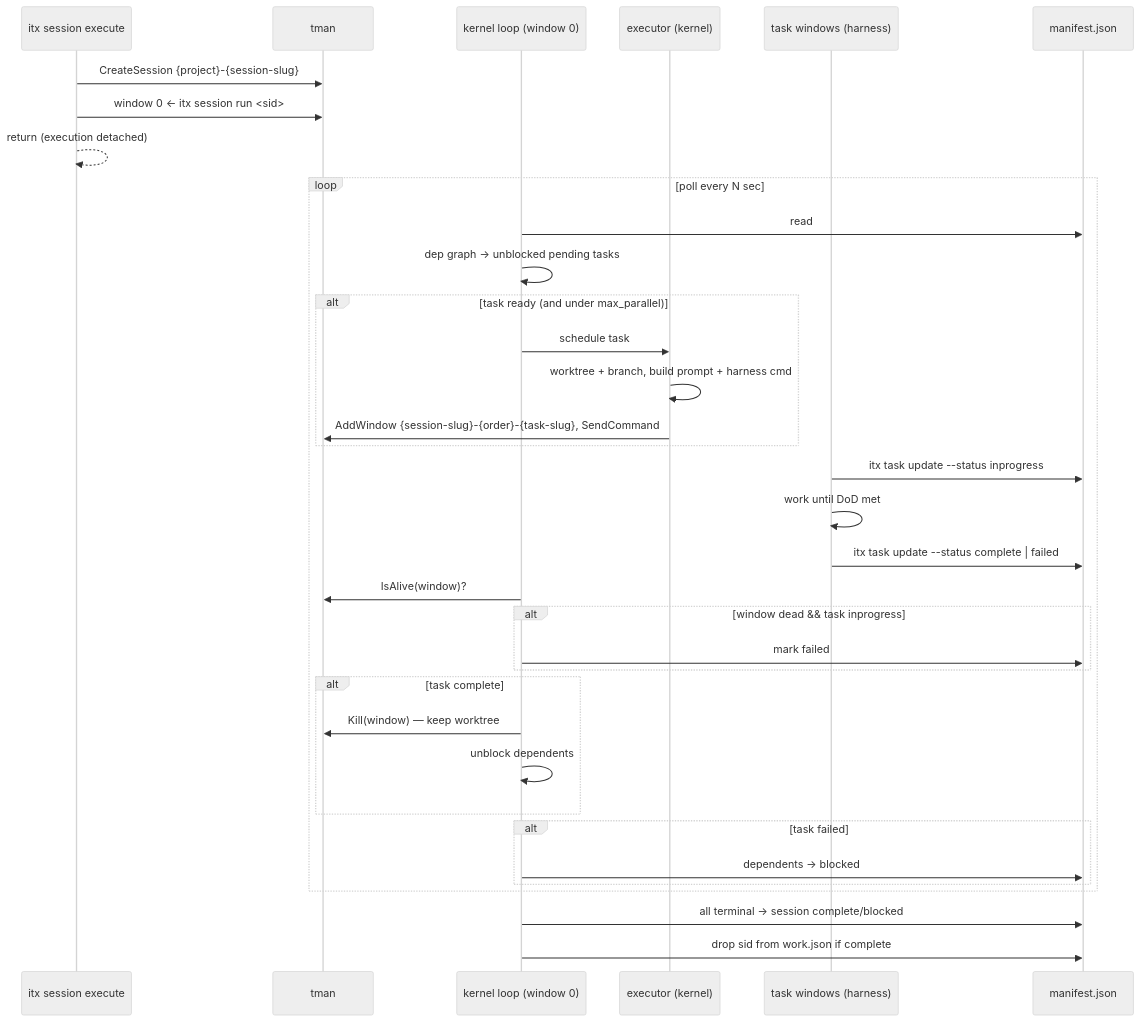
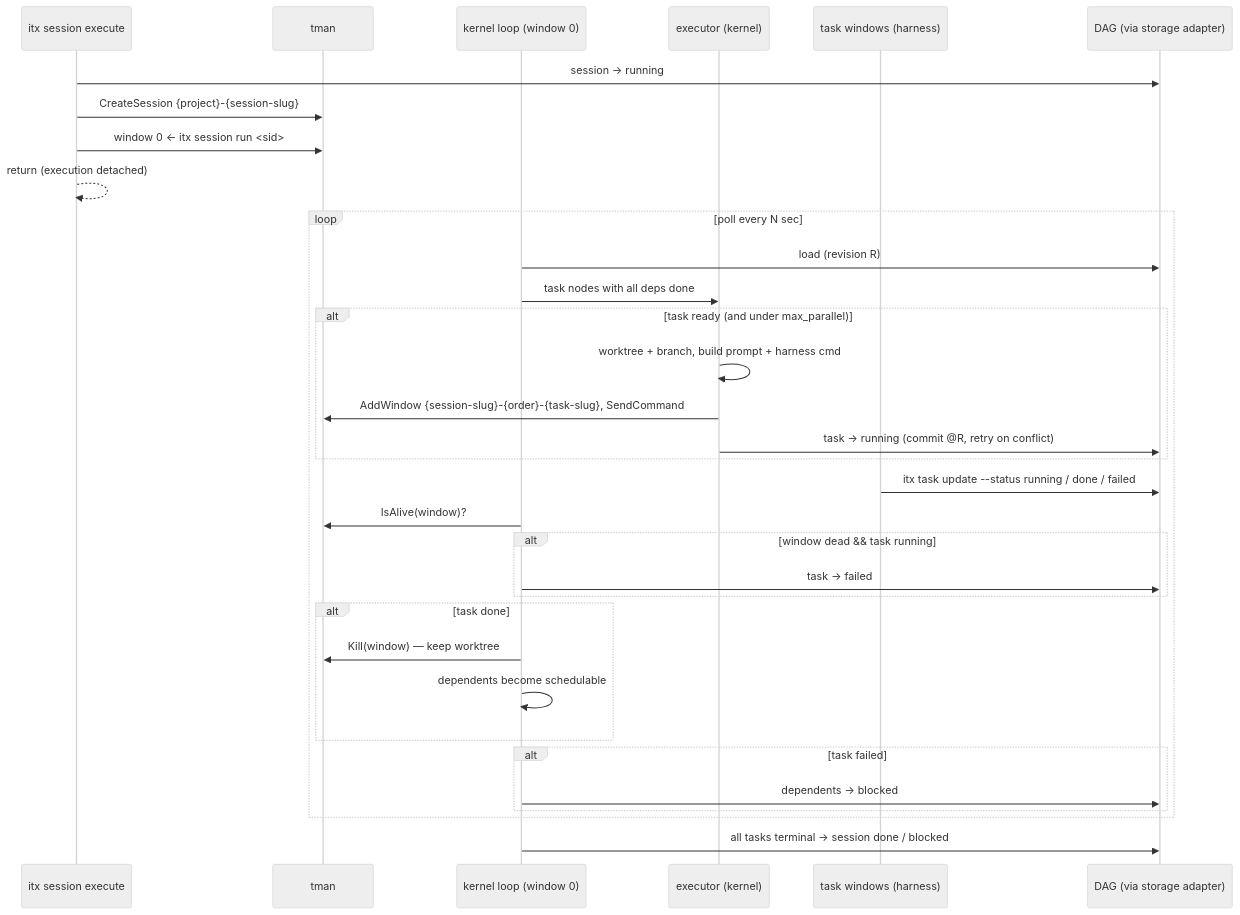
One commit to ric03uec/itx changed the sixth of 7 diagrams in design/arch.md. Above: the diagram before and after it, drawn with Mermaid (neutral theme). The commit also changed other lines of this file and 4 other files, not shown here.

First line of the commit message:
docs: recenter design on the DAG — single dag.json store with optimistic locking

````diff
--- a/design/arch.md
+++ b/design/arch.md
@@ -124,39 +181,37 @@
 ```mermaid
 sequenceDiagram
     participant EXE as itx session execute
     participant T as tman
     participant K as kernel loop (window 0)
     participant X as executor (kernel)
     participant W as task windows (harness)
-    participant M as manifest.json
+    participant D as DAG (via storage adapter)
 
+    EXE->>D: session → running
     EXE->>T: CreateSession {project}-{session-slug}
     EXE->>T: window 0 ← itx session run <sid>
     EXE-->>EXE: return (execution detached)
 
     loop poll every N sec
-        K->>M: read
-        K->>K: dep graph → unblocked pending tasks
+        K->>D: load (revision R)
+        K->>X: task nodes with all deps done
         alt task ready (and under max_parallel)
-            K->>X: schedule task
             X->>X: worktree + branch, build prompt + harness cmd
             X->>T: AddWindow {session-slug}-{order}-{task-slug}, SendCommand
+            X->>D: task → running (commit @R, retry on conflict)
         end
-        W->>M: itx task update --status inprogress
-        W->>W: work until DoD met
-        W->>M: itx task update --status complete | failed
+        W->>D: itx task update --status running / done / failed
         K->>T: IsAlive(window)?
-        alt window dead && task inprogress
-            K->>M: mark failed
+        alt window dead && task running
+            K->>D: task → failed
         end
-        alt task complete
+        alt task done
             K->>T: Kill(window)  — keep worktree
-            K->>K: unblock dependents
+            K->>K: dependents become schedulable
         end
         alt task failed
-            K->>M: dependents → blocked
+            K->>D: dependents → blocked
         end
     end
-    K->>M: all terminal → session complete/blocked
-    K->>M: drop sid from work.json if complete
+    K->>D: all tasks terminal → session done / blocked
 ```
````
